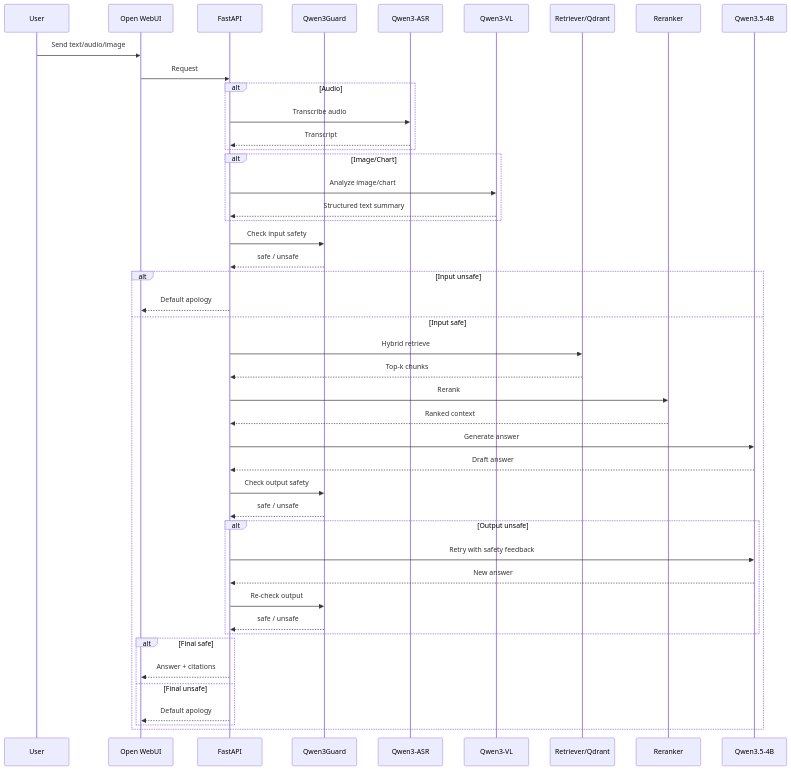
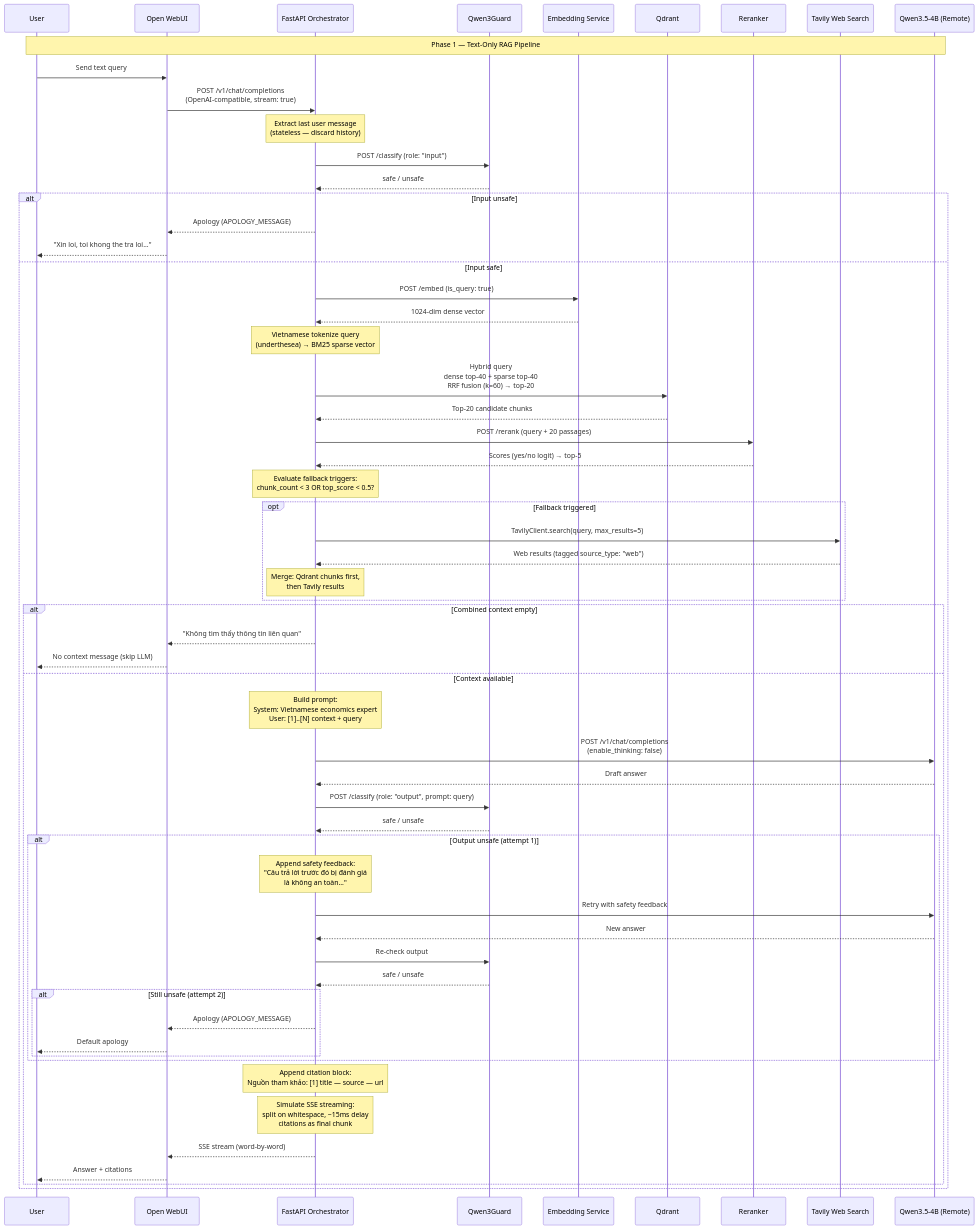
The diagram in docs/diagrams/architecture_sequence_diagram.mmd (minhquana1906/Multimodal-Economic-RAG-Assistant), drawn with Mermaid before and after one commit. The commit also changed 10 other files, not shown here.

Commit message:
docs: add architecture diagrams and state machines respectively

```diff
--- a/docs/diagrams/architecture_sequence_diagram.mmd
+++ b/docs/diagrams/architecture_sequence_diagram.mmd
@@ -1,52 +1,82 @@
 sequenceDiagram
     participant U as User
     participant UI as Open WebUI
-    participant API as FastAPI
+    participant API as FastAPI Orchestrator
     participant G as Qwen3Guard
-    participant ASR as Qwen3-ASR
-    participant VLM as Qwen3-VL
-    participant RET as Retriever/Qdrant
+    participant EMB as Embedding Service
+    participant Q as Qdrant
     participant R as Reranker
-    participant LLM as Qwen3.5-4B
+    participant T as Tavily Web Search
+    participant LLM as Qwen3.5-4B (Remote)
 
-    U->>UI: Send text/audio/image
-    UI->>API: Request
+    Note over U,LLM: Phase 1 — Text-Only RAG Pipeline
 
-    alt Audio
-        API->>ASR: Transcribe audio
-        ASR-->>API: Transcript
-    end
+    U->>UI: Send text query
+    UI->>API: POST /v1/chat/completions<br/>(OpenAI-compatible, stream: true)
 
-    alt Image/Chart
-        API->>VLM: Analyze image/chart
-        VLM-->>API: Structured text summary
-    end
+    Note over API: Extract last user message<br/>(stateless — discard history)
 
-    API->>G: Check input safety
+    %% Input Guard
+    API->>G: POST /classify (role: "input")
     G-->>API: safe / unsafe
 
     alt Input unsafe
-        API-->>UI: Default apology
+        API-->>UI: Apology (APOLOGY_MESSAGE)
+        UI-->>U: "Xin loi, toi khong the tra loi..."
     else Input safe
-        API->>RET: Hybrid retrieve
-        RET-->>API: Top-k chunks
-        API->>R: Rerank
-        R-->>API: Ranked context
-        API->>LLM: Generate answer
-        LLM-->>API: Draft answer
-        API->>G: Check output safety
-        G-->>API: safe / unsafe
+        %% Embedding
+        API->>EMB: POST /embed (is_query: true)
+        EMB-->>API: 1024-dim dense vector
 
-        alt Output unsafe
-            API->>LLM: Retry with safety feedback
-            LLM-->>API: New answer
-            API->>G: Re-check output
-            G-->>API: safe / unsafe
+        %% Hybrid Retrieval
+        Note over API: Vietnamese tokenize query<br/>(underthesea) → BM25 sparse vector
+        API->>Q: Hybrid query<br/>dense top-40 + sparse top-40<br/>RRF fusion (k=60) → top-20
+        Q-->>API: Top-20 candidate chunks
+
+        %% Reranking
+        API->>R: POST /rerank (query + 20 passages)
+        R-->>API: Scores (yes/no logit) → top-5
+
+        %% Web Fallback Evaluation
+        Note over API: Evaluate fallback triggers:<br/>chunk_count < 3 OR top_score < 0.5?
+
+        opt Fallback triggered
+            API->>T: TavilyClient.search(query, max_results=5)
+            T-->>API: Web results (tagged source_type: "web")
+            Note over API: Merge: Qdrant chunks first,<br/>then Tavily results
         end
 
-        alt Final safe
-            API-->>UI: Answer + citations
-        else Final unsafe
-            API-->>UI: Default apology
+        alt Combined context empty
+            API-->>UI: "Không tìm thấy thông tin liên quan"
+            UI-->>U: No context message (skip LLM)
+        else Context available
+            %% LLM Generation
+            Note over API: Build prompt:<br/>System: Vietnamese economics expert<br/>User: [1]..[N] context + query
+            API->>LLM: POST /v1/chat/completions<br/>(enable_thinking: false)
+            LLM-->>API: Draft answer
+
+            %% Output Guard
+            API->>G: POST /classify (role: "output", prompt: query)
+            G-->>API: safe / unsafe
+
+            alt Output unsafe (attempt 1)
+                Note over API: Append safety feedback:<br/>"Câu trả lời trước đó bị đánh giá<br/>là không an toàn..."
+                API->>LLM: Retry with safety feedback
+                LLM-->>API: New answer
+                API->>G: Re-check output
+                G-->>API: safe / unsafe
+
+                alt Still unsafe (attempt 2)
+                    API-->>UI: Apology (APOLOGY_MESSAGE)
+                    UI-->>U: Default apology
+                end
+            end
+
+            Note over API: Append citation block:<br/>Nguồn tham khảo: [1] title — source — url
+
+            Note over API: Simulate SSE streaming:<br/>split on whitespace, ~15ms delay<br/>citations as final chunk
+
+            API-->>UI: SSE stream (word-by-word)
+            UI-->>U: Answer + citations
         end
     end
```
